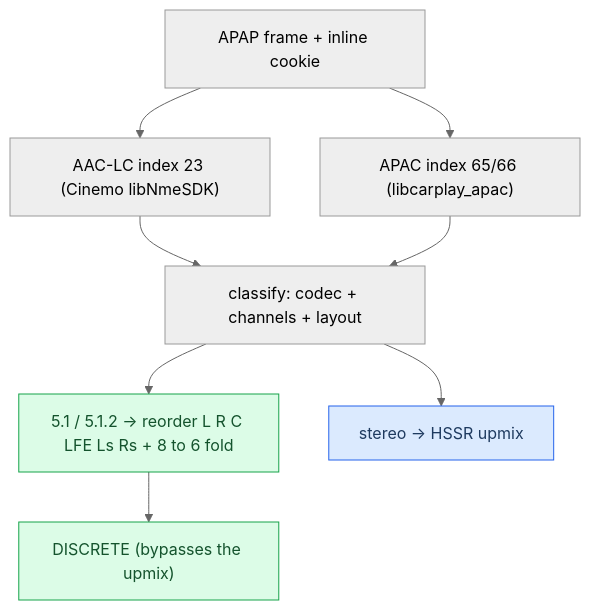
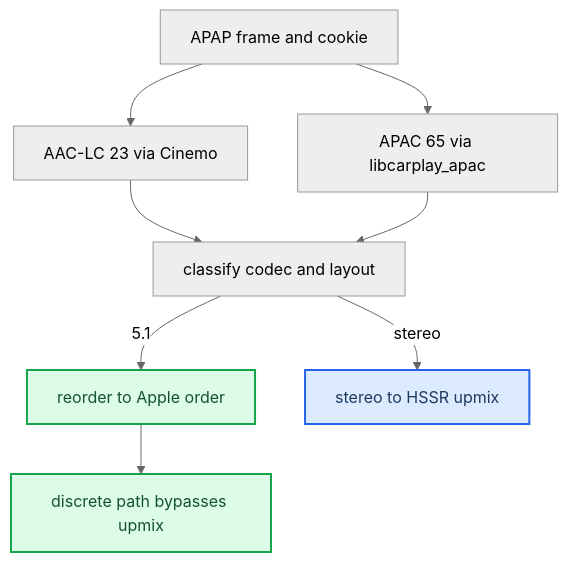
Before and after one commit to luka-dev/mib2q-carplay-rgi: the second of 3 diagrams in docs-obsidian/Audio/Stereo to 5.1 Upmix.md, drawn with Mermaid (neutral theme). The commit also changed other lines of this file and 43 other files, not shown here.

````diff
--- a/docs-obsidian/Audio/Stereo to 5.1 Upmix.md
+++ b/docs-obsidian/Audio/Stereo to 5.1 Upmix.md
@@ -58,20 +69,20 @@
 ```mermaid
 flowchart TB
   accTitle: Decode and classification branch
-  accDescr: Decoded PCM is classified; multichannel is reordered to the discrete path while stereo is sent to the HSSR upmix.
-  frame["APAP frame + inline cookie"]
-  aac["AAC-LC index 23 (Cinemo libNmeSDK)"]
-  apac["APAC index 65/66 (libcarplay_apac)"]
-  cls["classify: codec + channels + layout"]
-  mc["5.1 / 5.1.2 -> reorder L R C LFE Ls Rs + 8 to 6 fold"]
-  st["stereo -> HSSR upmix"]
-  discrete["DISCRETE (bypasses the upmix)"]
-  frame --> aac --> cls
-  frame --> apac --> cls
-  cls --> mc --> discrete
-  cls --> st
-  class mc,discrete success
-  class st primary
-  classDef primary fill:#dbeafe,stroke:#2563eb,color:#1e3a5f
-  classDef success fill:#dcfce7,stroke:#16a34a,color:#14532d
+  accDescr: Decoded PCM is classified; APAC 5.1 is reordered onto the discrete path while stereo goes to the HSSR upmix.
+  apap_frame["APAP frame and cookie"]
+  aac_decode["AAC-LC 23 via Cinemo"]
+  apac_decode["APAC 65 via libcarplay_apac"]
+  classify_pcm["classify codec and layout"]
+  reorder_51["reorder to Apple order"]
+  stereo_upmix["stereo to HSSR upmix"]
+  discrete_path["discrete path bypasses upmix"]
+  apap_frame --> aac_decode --> classify_pcm
+  apap_frame --> apac_decode --> classify_pcm
+  classify_pcm -->|5.1| reorder_51 --> discrete_path
+  classify_pcm -->|stereo| stereo_upmix
+  classDef primary fill:#dbeafe,stroke:#2563eb,stroke-width:2px,color:#1e3a5f
+  classDef success fill:#dcfce7,stroke:#16a34a,stroke-width:2px,color:#14532d
+  class reorder_51,discrete_path success
+  class stereo_upmix primary
 ```
````
